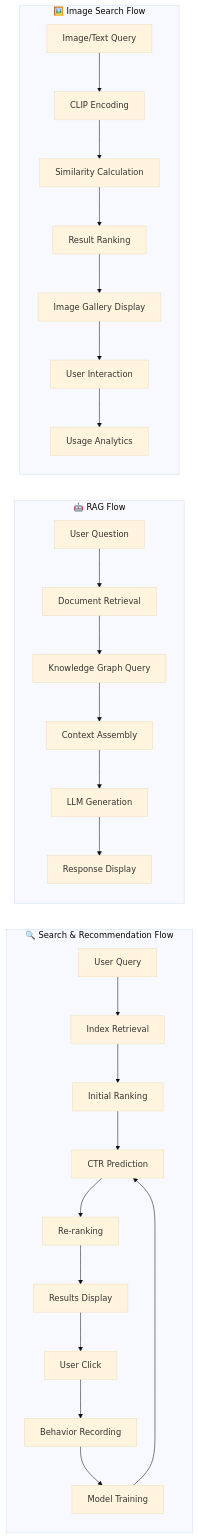
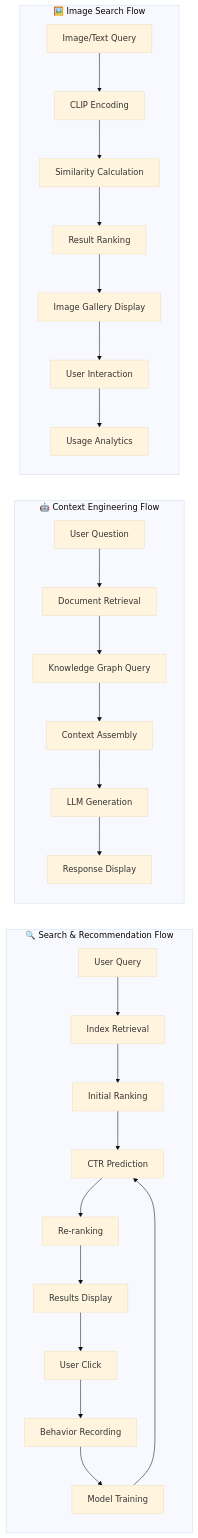
The second of 2 diagrams in README.md (tylerelyt/test_bed), drawn with Mermaid (base theme) before and after one commit. The commit also changed other lines of this file and 12 other files, not shown here.

First line of the commit message:
docs: consolidate docs into three guides and rename to Context Engineering

````diff
--- a/README.md
+++ b/README.md
@@ -266,31 +261,31 @@
 ```mermaid
 graph LR
     subgraph "🔍 Search & Recommendation Flow"
         A1[User Query] --> A2[Index Retrieval]
         A2 --> A3[Initial Ranking]
         A3 --> A4[CTR Prediction]
         A4 --> A5[Re-ranking]
         A5 --> A6[Results Display]
         A6 --> A7[User Click]
         A7 --> A8[Behavior Recording]
         A8 --> A9[Model Training]
         A9 --> A4
     end
     
-    subgraph "🤖 RAG Flow"
+    subgraph "🤖 Context Engineering Flow"
         B1[User Question] --> B2[Document Retrieval]
         B2 --> B3[Knowledge Graph Query]
         B3 --> B4[Context Assembly]
         B4 --> B5[LLM Generation]
         B5 --> B6[Response Display]
     end
     
     subgraph "🖼️ Image Search Flow"
         C1[Image/Text Query] --> C2[CLIP Encoding]
         C2 --> C3[Similarity Calculation]
         C3 --> C4[Result Ranking]
         C4 --> C5[Image Gallery Display]
         C5 --> C6[User Interaction]
         C6 --> C7[Usage Analytics]
     end
 ```
````
